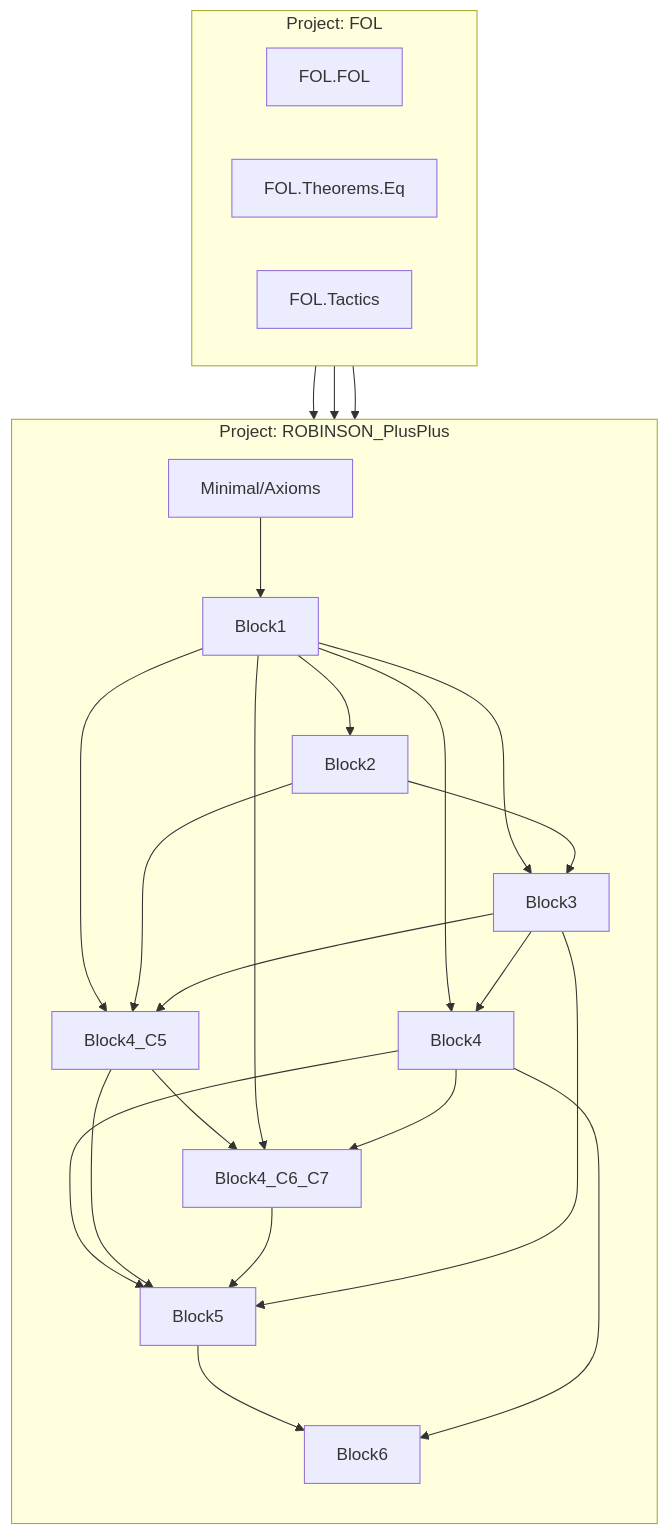
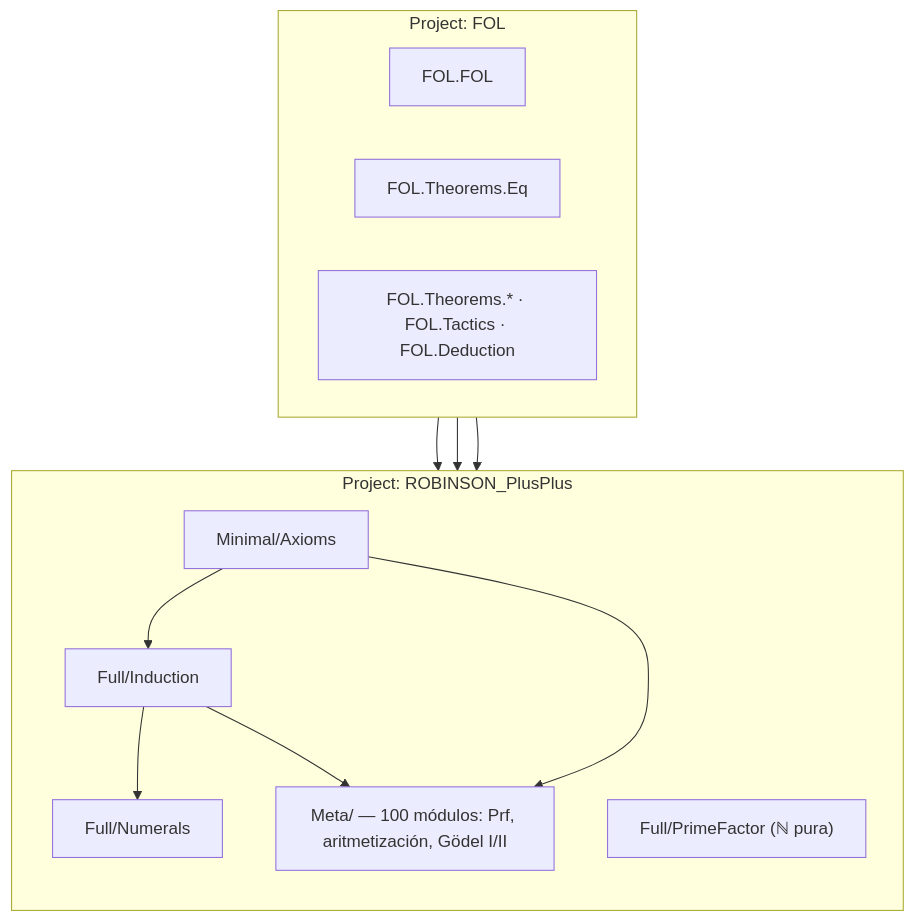
The diagram in REFERENCE.md (julian1c2a/ROBINSON_PlusPlus), drawn with Mermaid before and after one commit. The commit also changed other lines of this file and 99 other files, not shown here.

````diff
--- a/REFERENCE.md
+++ b/REFERENCE.md
@@ -290,44 +297,26 @@
 ```mermaid
 graph TD
     subgraph FOL ["Project: FOL"]
         direction LR
         FOL_FOL["FOL.FOL"]
         FOL_Eq["FOL.Theorems.Eq"]
-        FOL_Tactics["FOL.Tactics"]
+        FOL_Th["FOL.Theorems.* · FOL.Tactics · FOL.Deduction"]
     end
 
     subgraph RPP ["Project: ROBINSON_PlusPlus"]
         direction TB
         Axioms["Minimal/Axioms"]
-        Block1["Block1"]
-        Block2["Block2"]
-        Block3["Block3"]
-        Block4["Block4"]
-        Block4_C5["Block4_C5"]
-        Block4_C6_C7["Block4_C6_C7"]
-        Block5["Block5"]
-        Block6["Block6"]
+        Induction["Full/Induction"]
+        Numerals["Full/Numerals"]
+        PrimeFactor["Full/PrimeFactor (ℕ pura)"]
+        Meta["Meta/ — 100 módulos: Prf, aritmetización, Gödel I/II"]
     end
 
     FOL_FOL --> Axioms
     FOL_Eq --> Axioms
-    Axioms --> Block1
-    FOL_Tactics --> Block1
-    Block1 --> Block2
-    Block1 --> Block3
-    Block2 --> Block3
-    Block1 --> Block4
-    Block3 --> Block4
-    Block1 --> Block4_C5
-    Block2 --> Block4_C5
-    Block3 --> Block4_C5
-    Block4_C5 --> Block4_C6_C7
-    Block1 --> Block4_C6_C7
-    Block4 --> Block4_C6_C7
-    Block4 --> Block5
-    Block4_C5 --> Block5
-    Block4_C6_C7 --> Block5
-    Block3 --> Block5
-    Block5 --> Block6
-    Block4 --> Block6
+    Axioms --> Induction
+    FOL_Th --> Induction
+    Induction --> Numerals
+    Induction --> Meta
+    Axioms --> Meta
 ```
````
